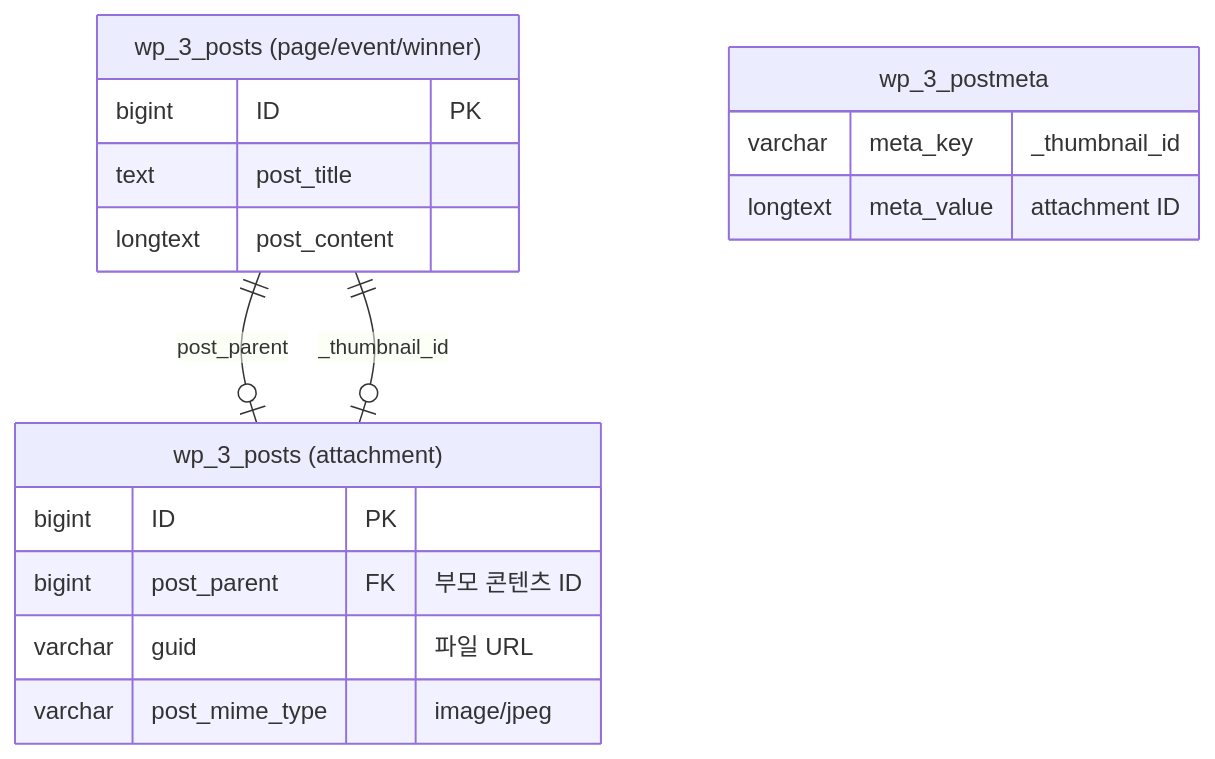
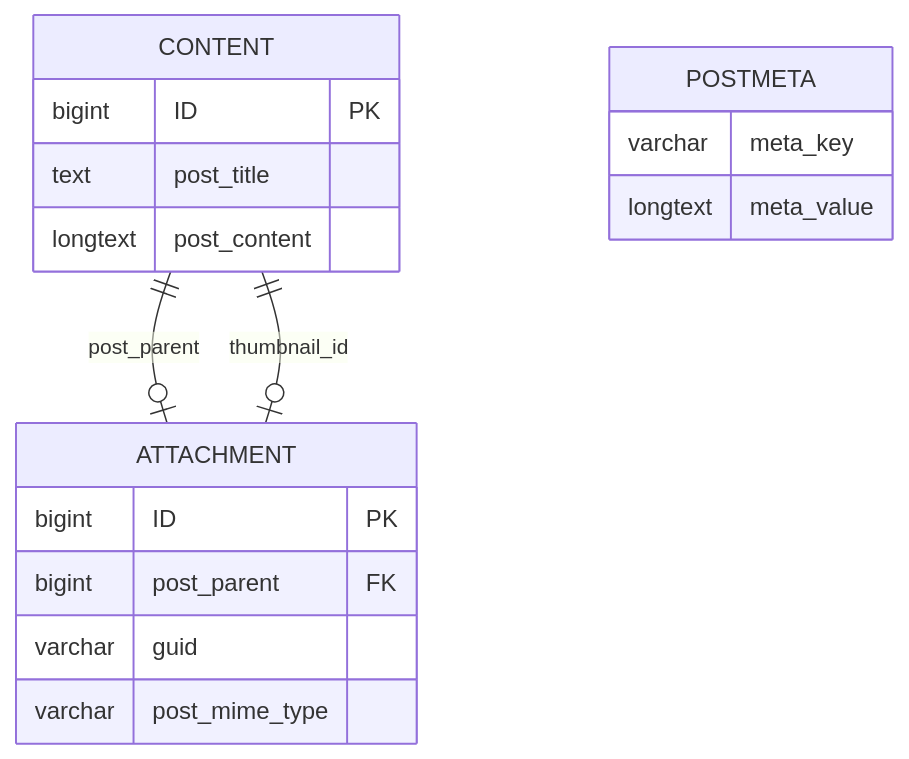
Diagram 15 of 15 in src/content/docs/samhwa-musuem/specification/04-DB-ERD.md (sknkwoxs/manual-book), drawn with Mermaid before and after one commit. The commit also changed other lines of this file and 16 other files, not shown here.

First line of the commit message:
docs(samhwa-musuem): add numbering system, update archive docs, fix mermaid ERD

````diff
--- a/src/content/docs/samhwa-musuem/specification/04-DB-ERD.md
+++ b/src/content/docs/samhwa-musuem/specification/04-DB-ERD.md
@@ -399,23 +423,23 @@
 ```mermaid
 erDiagram
     CONTENT ||--o| ATTACHMENT : "post_parent"
-    CONTENT ||--o| ATTACHMENT : "_thumbnail_id"
+    CONTENT ||--o| ATTACHMENT : "thumbnail_id"
 
-    CONTENT["wp_3_posts (page/event/winner)"] {
+    CONTENT {
         bigint ID PK
         text post_title
         longtext post_content
     }
 
-    ATTACHMENT["wp_3_posts (attachment)"] {
+    ATTACHMENT {
         bigint ID PK
-        bigint post_parent FK "부모 콘텐츠 ID"
-        varchar guid "파일 URL"
-        varchar post_mime_type "image/jpeg"
+        bigint post_parent FK
+        varchar guid
+        varchar post_mime_type
     }
 
-    POSTMETA["wp_3_postmeta"] {
-        varchar meta_key "_thumbnail_id"
-        longtext meta_value "attachment ID"
+    POSTMETA {
+        varchar meta_key
+        longtext meta_value
     }
 ```
````
